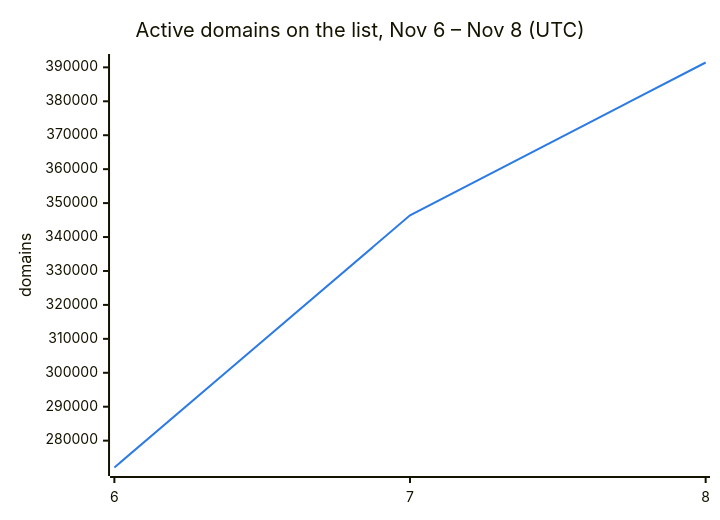
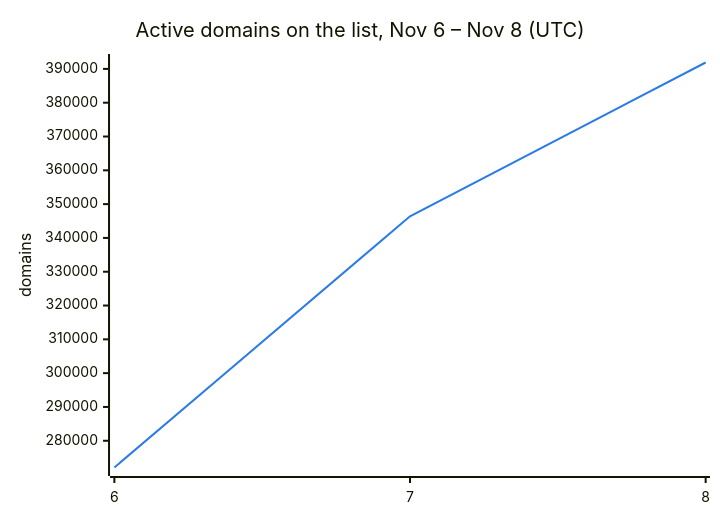
One commit to DNSBunker/CTI changed the second of 3 diagrams in README.md. Above: the diagram before and after it, drawn with Mermaid. The commit also changed other lines of this file and 3 other files, not shown here.

````diff
--- a/README.md
+++ b/README.md
@@ -38,8 +38,8 @@
 ```mermaid
 %%{init: {"themeVariables": {"xyChart": {"plotColorPalette": "#2c7be5"}}}}%%
 xychart-beta
     title "Active domains on the list, Nov 6 – Nov 8 (UTC)"
     x-axis ["6", "7", "8"]
     y-axis "domains"
-    line [272088, 346388, 391430]
+    line [272088, 346388, 391894]
 ```
````
